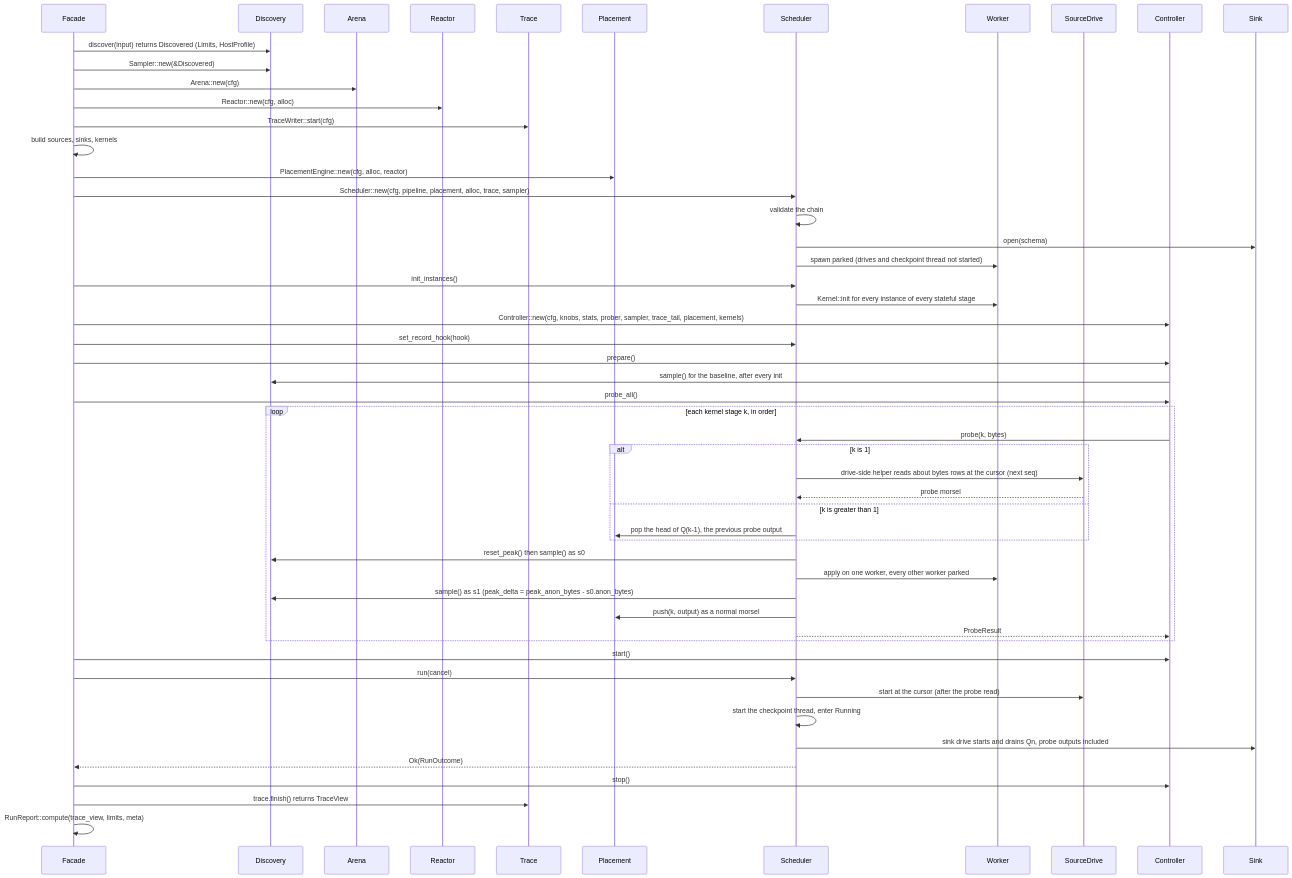
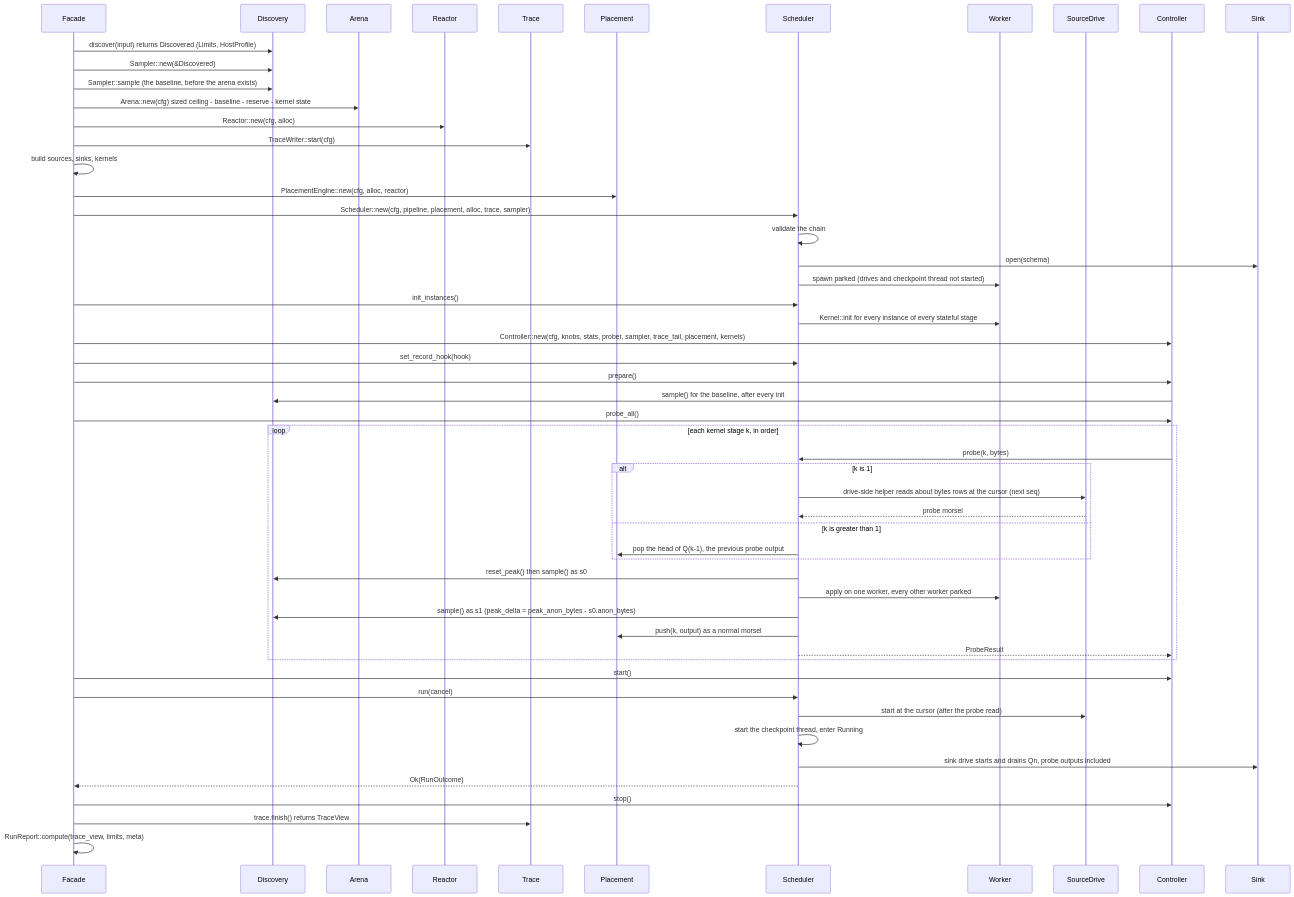
The second of 3 diagrams in architecture/sdd/00-preamble.md (griot-cloud/moruna), drawn with Mermaid before and after one commit. The commit also changed other lines of this file and 44 other files, not shown here.

````diff
--- a/architecture/sdd/00-preamble.md
+++ b/architecture/sdd/00-preamble.md
@@ -233,55 +233,56 @@
 ```mermaid
 sequenceDiagram
   participant Facade
   participant Discovery
   participant Arena
   participant Reactor
   participant Trace
   participant Placement
   participant Scheduler
   participant Worker
   participant SourceDrive
   participant Controller
   participant Sink
   Facade->>Discovery: discover(input) returns Discovered (Limits, HostProfile)
   Facade->>Discovery: Sampler::new(&Discovered)
-  Facade->>Arena: Arena::new(cfg)
+  Facade->>Discovery: Sampler::sample (the baseline, before the arena exists)
+  Facade->>Arena: Arena::new(cfg) sized ceiling - baseline - reserve - kernel state
   Facade->>Reactor: Reactor::new(cfg, alloc)
   Facade->>Trace: TraceWriter::start(cfg)
   Facade->>Facade: build sources, sinks, kernels
   Facade->>Placement: PlacementEngine::new(cfg, alloc, reactor)
   Facade->>Scheduler: Scheduler::new(cfg, pipeline, placement, alloc, trace, sampler)
   Scheduler->>Scheduler: validate the chain
   Scheduler->>Sink: open(schema)
   Scheduler->>Worker: spawn parked (drives and checkpoint thread not started)
   Facade->>Scheduler: init_instances()
   Scheduler->>Worker: Kernel::init for every instance of every stateful stage
   Facade->>Controller: Controller::new(cfg, knobs, stats, prober, sampler, trace_tail, placement, kernels)
   Facade->>Scheduler: set_record_hook(hook)
   Facade->>Controller: prepare()
   Controller->>Discovery: sample() for the baseline, after every init
   Facade->>Controller: probe_all()
   loop each kernel stage k, in order
     Controller->>Scheduler: probe(k, bytes)
     alt k is 1
       Scheduler->>SourceDrive: drive-side helper reads about bytes rows at the cursor (next seq)
       SourceDrive-->>Scheduler: probe morsel
     else k is greater than 1
       Scheduler->>Placement: pop the head of Q(k-1), the previous probe output
     end
     Scheduler->>Discovery: reset_peak() then sample() as s0
     Scheduler->>Worker: apply on one worker, every other worker parked
     Scheduler->>Discovery: sample() as s1 (peak_delta = peak_anon_bytes - s0.anon_bytes)
     Scheduler->>Placement: push(k, output) as a normal morsel
     Scheduler-->>Controller: ProbeResult
   end
   Facade->>Controller: start()
   Facade->>Scheduler: run(cancel)
   Scheduler->>SourceDrive: start at the cursor (after the probe read)
   Scheduler->>Scheduler: start the checkpoint thread, enter Running
   Scheduler->>Sink: sink drive starts and drains Qn, probe outputs included
   Scheduler-->>Facade: Ok(RunOutcome)
   Facade->>Controller: stop()
   Facade->>Trace: trace.finish() returns TraceView
   Facade->>Facade: RunReport::compute(trace_view, limits, meta)
 ```
````
